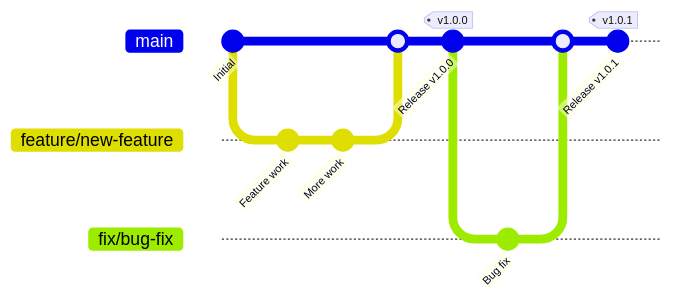
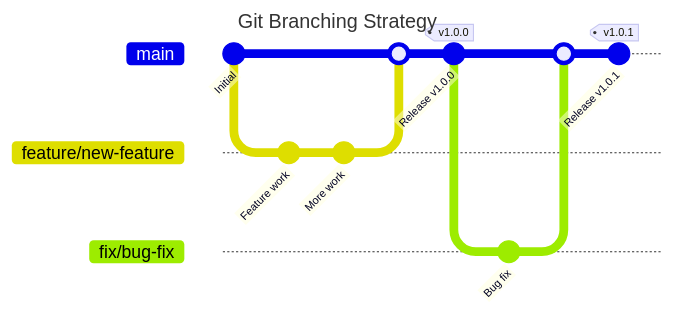
Before and after one commit to Evilazaro/DevExp-DevBox: diagram 13 of 14 in docs/architecture/04-technology-architecture.md, drawn with Mermaid. The commit also changed other lines of this file, not shown here.

Commit message:
Refactor setup script flow, Git branching strategy, and release process diagrams to enhance clarity and detail in technology architecture documentation

````diff
--- a/docs/architecture/04-technology-architecture.md
+++ b/docs/architecture/04-technology-architecture.md
@@ -1137,17 +1154,20 @@
 ```mermaid
+---
+title: Git Branching Strategy
+---
 gitGraph
     commit id: "Initial"
     branch feature/new-feature
     checkout feature/new-feature
     commit id: "Feature work"
     commit id: "More work"
     checkout main
     merge feature/new-feature
     commit id: "Release v1.0.0" tag: "v1.0.0"
     branch fix/bug-fix
     checkout fix/bug-fix
     commit id: "Bug fix"
     checkout main
     merge fix/bug-fix
     commit id: "Release v1.0.1" tag: "v1.0.1"
 ```
````
